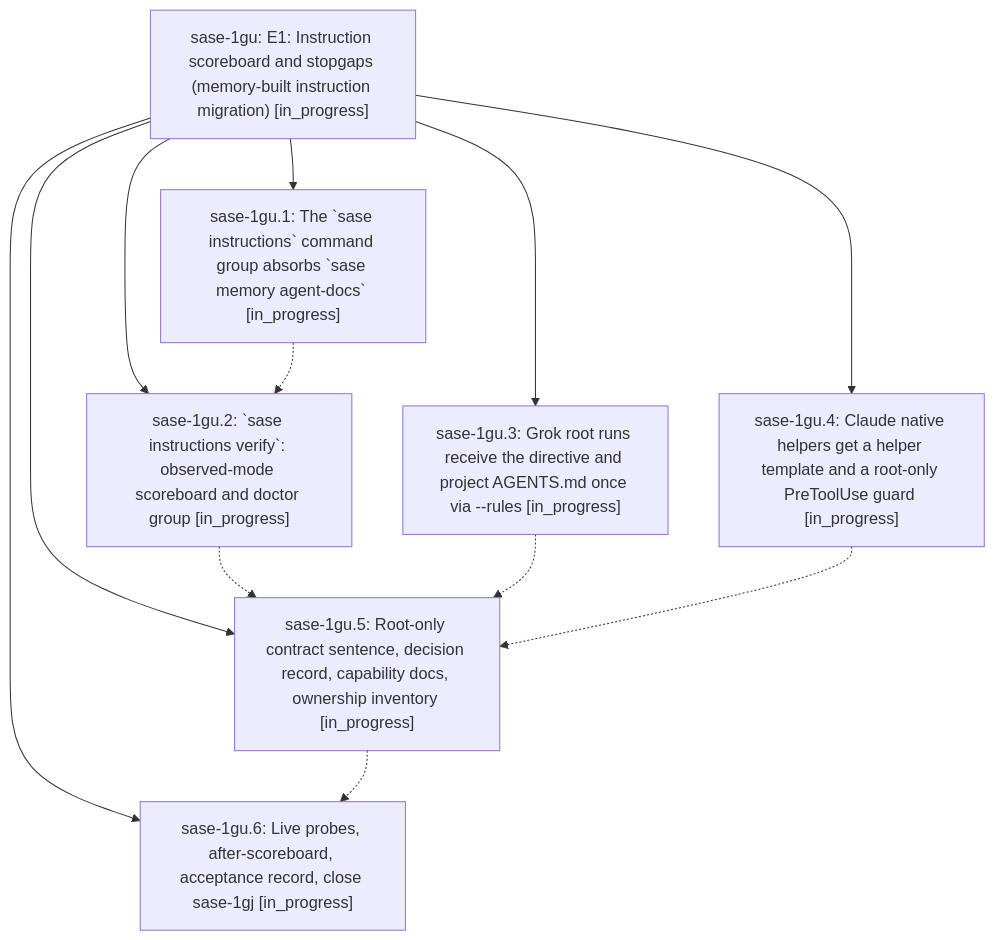
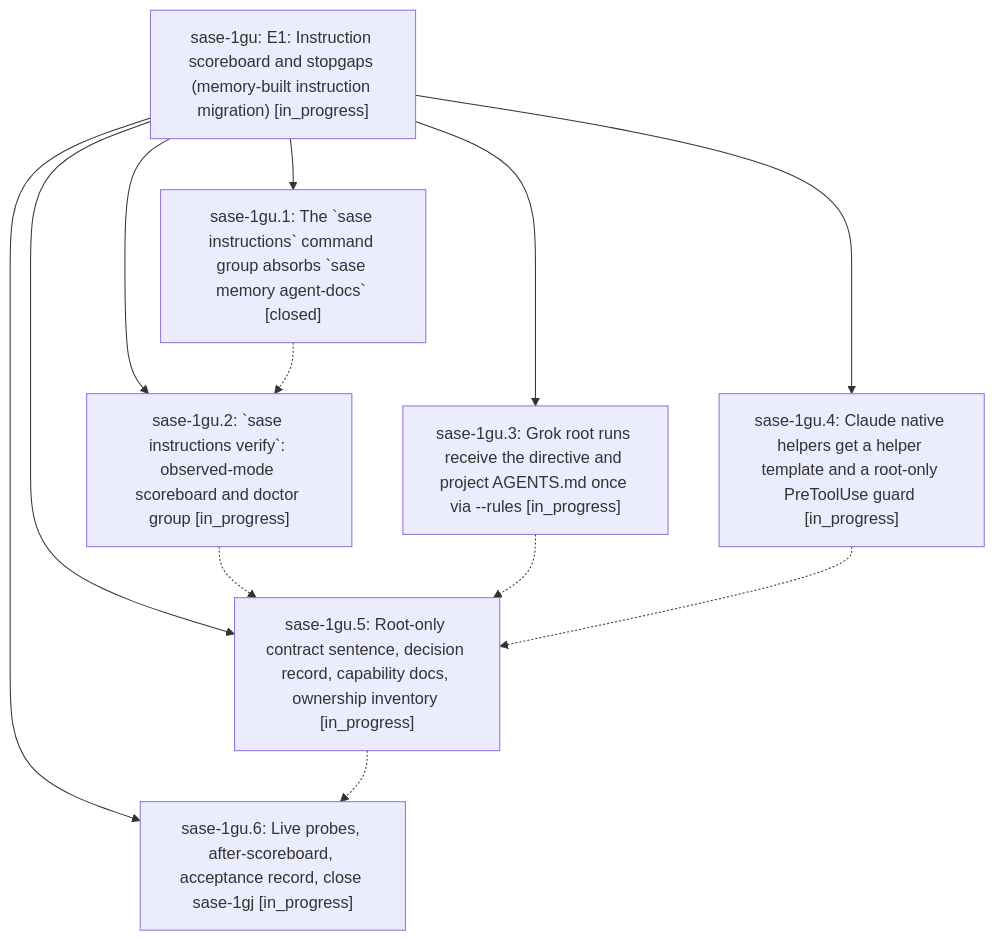
Before and after one commit to sase-org/sase--beads: the diagram in pages/sase-1gu/README.md, drawn with Mermaid. The commit also changed other lines of this file and 4 other files, not shown here.

````diff
--- a/pages/sase-1gu/README.md
+++ b/pages/sase-1gu/README.md
@@ -27,21 +27,21 @@
 ```mermaid
 flowchart TD
     n0["sase-1gu: E1: Instruction scoreboard and stopgaps (memory-built instruction migration) [in_progress]"]
-    n1["sase-1gu.1: The `sase instructions` command group absorbs `sase memory agent-docs` [in_progress]"]
+    n1["sase-1gu.1: The `sase instructions` command group absorbs `sase memory agent-docs` [closed]"]
     n2["sase-1gu.2: `sase instructions verify`: observed-mode scoreboard and doctor group [in_progress]"]
     n3["sase-1gu.3: Grok root runs receive the directive and project AGENTS.md once via --rules [in_progress]"]
     n4["sase-1gu.4: Claude native helpers get a helper template and a root-only PreToolUse guard [in_progress]"]
     n5["sase-1gu.5: Root-only contract sentence, decision record, capability docs, ownership inventory [in_progress]"]
     n6["sase-1gu.6: Live probes, after-scoreboard, acceptance record, close sase-1gj [in_progress]"]
     n0 --> n1
     n0 --> n2
     n0 --> n3
     n0 --> n4
     n0 --> n5
     n0 --> n6
     n1 -.-> n2
     n2 -.-> n5
     n3 -.-> n5
     n4 -.-> n5
     n5 -.-> n6
 ```
````
